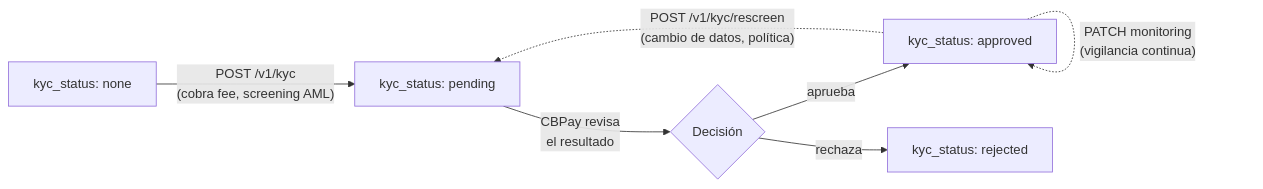
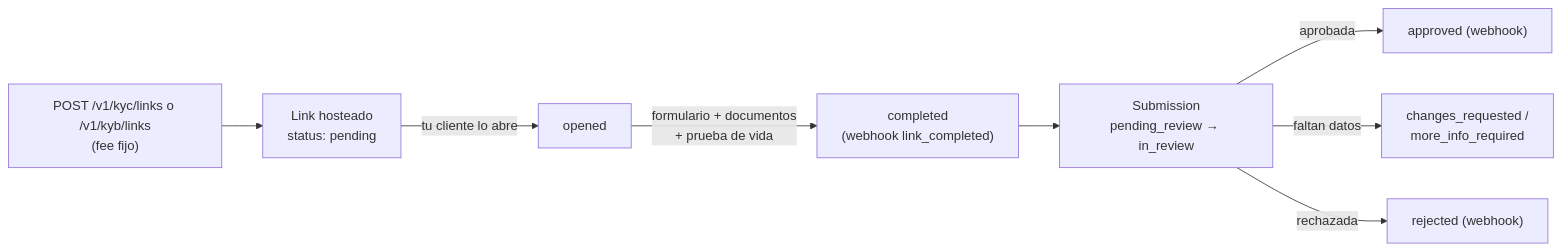
Before and after one commit to SaturoS17/docs: the diagram in es/guias/kyc.mdx, drawn with Mermaid. The commit also changed other lines of this file and 24 other files, not shown here.

Commit message:
KYC/KYB identity verification + AML screening rename (v1.34)

````diff
--- a/es/guias/kyc.mdx
+++ b/es/guias/kyc.mdx
@@ -13,9 +18,10 @@
 ```mermaid
 flowchart LR
-    none["kyc_status: none"] -->|"POST /v1/kyc<br/>(cobra fee, screening AML)"| pending["kyc_status: pending"]
-    pending -->|"CBPay revisa<br/>el resultado"| decision{"Decisión"}
-    decision -->|"aprueba"| approved["kyc_status: approved"]
-    decision -->|"rechaza"| rejected["kyc_status: rejected"]
-    approved -.->|"POST /v1/kyc/rescreen<br/>(cambio de datos, política)"| pending
-    approved -.->|"PATCH monitoring<br/>(vigilancia continua)"| approved
+    crear["POST /v1/kyc/links o /v1/kyb/links<br/>(fee fijo)"] --> link["Link hosteado<br/>status: pending"]
+    link -->|"tu cliente lo abre"| abierto["opened"]
+    abierto -->|"formulario + documentos<br/>+ prueba de vida"| completado["completed<br/>(webhook link_completed)"]
+    completado --> revision["Submission<br/>pending_review → in_review"]
+    revision -->|"aprobada"| ok["approved (webhook)"]
+    revision -->|"faltan datos"| cambios["changes_requested /<br/>more_info_required"]
+    revision -->|"rechazada"| rechazo["rejected (webhook)"]
 ```
````
